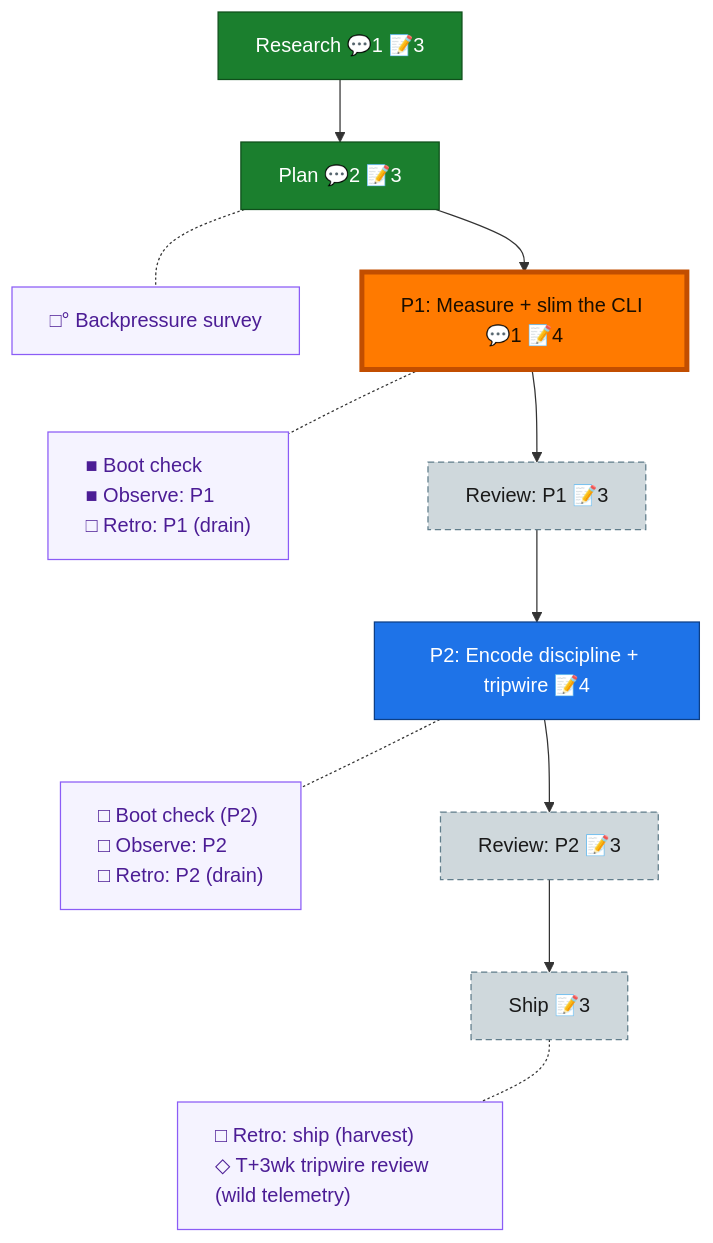
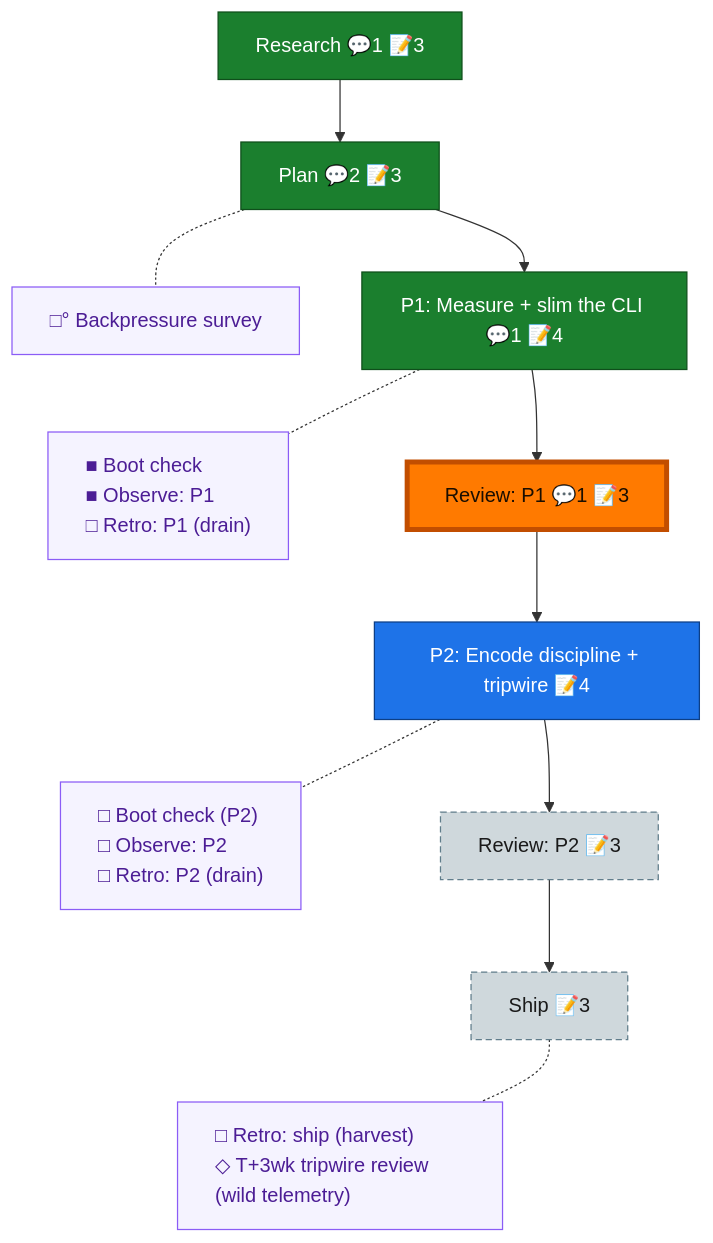
One commit to AI-Substrate/harness-engineering changed the diagram in docs/plans/057-flow-token-efficiency/the-flow.md. Above: the diagram before and after it, drawn with Mermaid. The commit also changed other lines of this file and 3 other files, not shown here.

````diff
--- a/docs/plans/057-flow-token-efficiency/the-flow.md
+++ b/docs/plans/057-flow-token-efficiency/the-flow.md
@@ -8,33 +8,33 @@
 ```mermaid
 flowchart TD
     research["Research 💬1 📝3"]:::done
     plan["Plan 💬2 📝3"]:::done
     phase_1["P1: Measure + slim the CLI 💬1 📝4"]:::done
-    review_1["Review: P1 📝3"]:::assumed
+    review_1["Review: P1 💬1 📝3"]:::done
     phase_2["P2: Encode discipline + tripwire 📝4"]:::known
     review_2["Review: P2 📝3"]:::assumed
     ship["Ship 📝3"]:::assumed
 
     research --> plan --> phase_1 --> review_1 --> phase_2 --> review_2 --> ship
 
     planC["□° Backpressure survey"]:::chore
     phase_1C["■ Boot check<br/>■ Observe: P1<br/>□ Retro: P1 (drain)"]:::chore
     phase_2C["□ Boot check (P2)<br/>□ Observe: P2<br/>□ Retro: P2 (drain)"]:::chore
     shipC["□ Retro: ship (harvest)<br/>◇ T+3wk tripwire review (wild telemetry)"]:::chore
 
     %% invisible chain holds the gutter boxes in their own column
     planC ~~~ phase_1C ~~~ phase_2C ~~~ shipC
 
     %% dotted links pull each gutter box beside its node
     plan -.- planC
     phase_1 -.- phase_1C
     phase_2 -.- phase_2C
     ship -.- shipC
 
     classDef done fill:#1B7F2E,stroke:#0F4F1B,color:#fff;
     classDef known fill:#1E73E8,stroke:#0D3F86,color:#fff;
     classDef assumed fill:#CFD8DC,stroke:#607D8B,color:#1a1a1a,stroke-dasharray:5 3;
     classDef chore fill:#f5f3ff,stroke:#8b5cf6,color:#4c1d95,text-align:left;
     classDef current fill:#FF7A00,stroke:#C24E00,color:#1a0e00,stroke-width:4px;
-    class phase_1 current;
+    class review_1 current;
 ```
````
